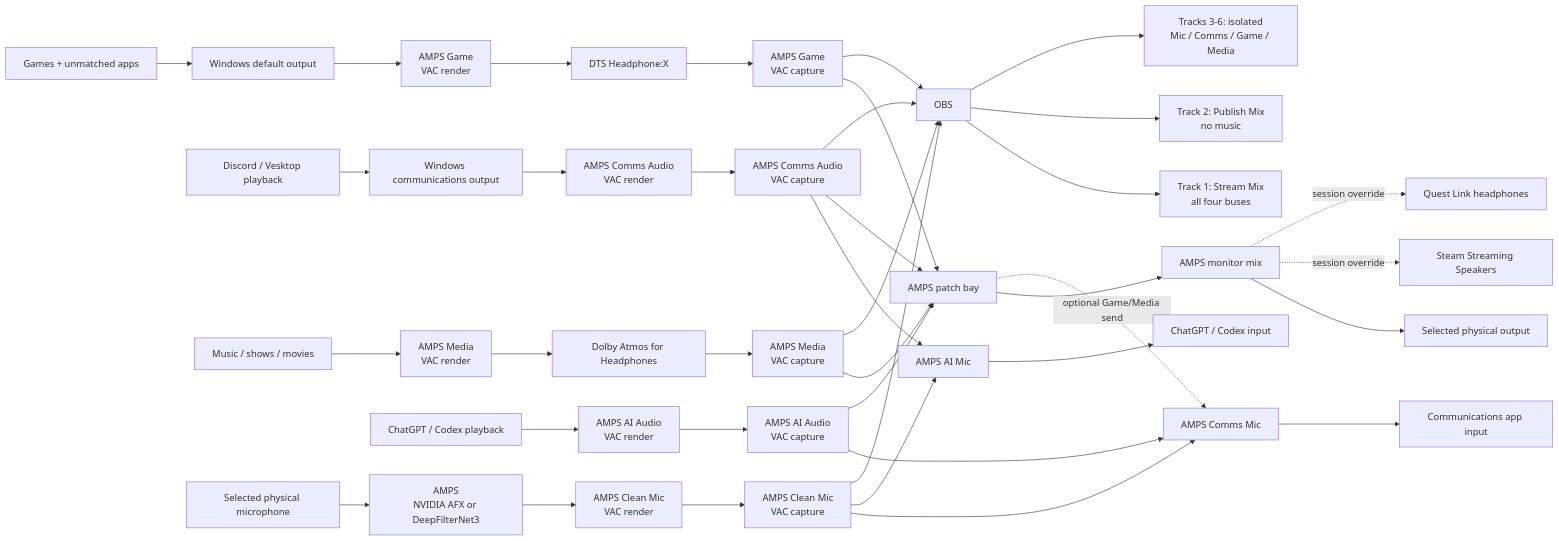
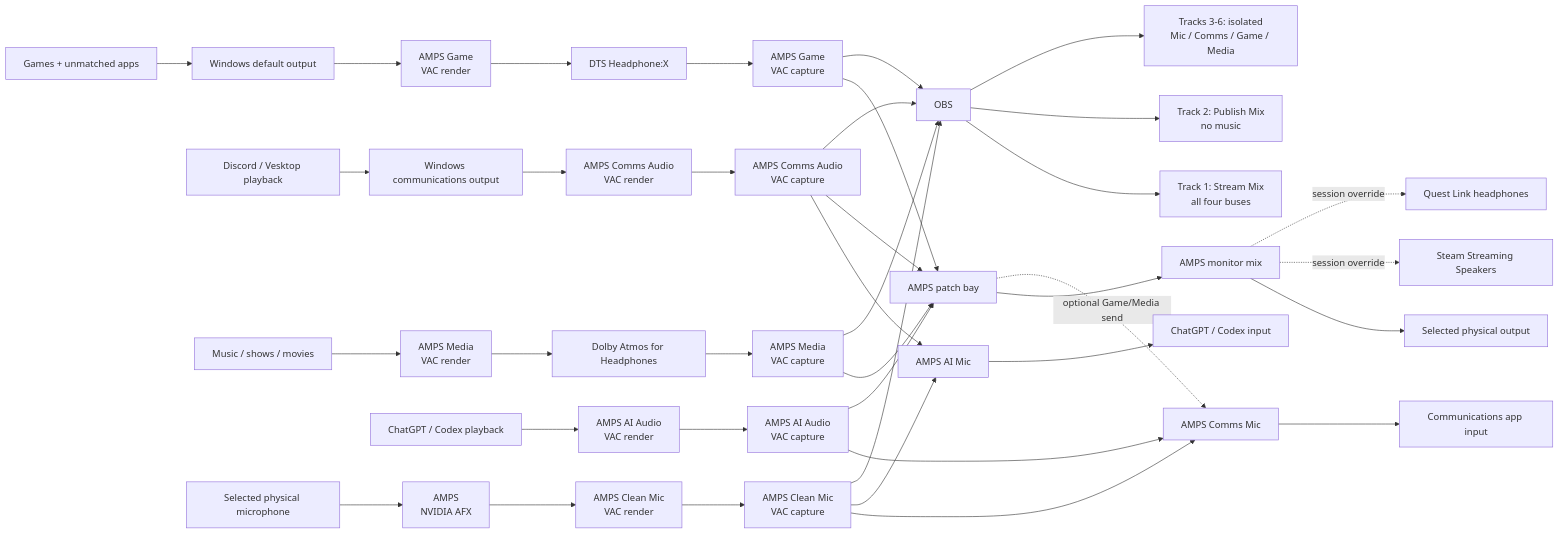
The diagram in packages/amps/README.md (AlexAllocated/.dotfiles), drawn with Mermaid before and after one commit. The commit also changed other lines of this file and 120 other files, not shown here.

````diff
--- a/packages/amps/README.md
+++ b/packages/amps/README.md
@@ -257,46 +255,46 @@
 ```mermaid
 flowchart LR
    games[Games + unmatched apps] --> gameOut[Windows default output]
    gameOut --> gameRender[AMPS Game<br/>VAC render]
    gameRender --> dts[DTS Headphone:X]
    dts --> gameCapture[AMPS Game<br/>VAC capture]
 
    chat[Discord / Vesktop playback] --> commsOut[Windows communications output]
    commsOut --> commsRender[AMPS Comms Audio<br/>VAC render]
    commsRender --> commsCapture[AMPS Comms Audio<br/>VAC capture]
 
    spotify[Music / shows / movies] --> musicRender[AMPS Media<br/>VAC render]
    musicRender --> atmos[Dolby Atmos for Headphones]
    atmos --> musicCapture[AMPS Media<br/>VAC capture]
 
    voiceAi[ChatGPT / Codex playback] --> chatgptRender[AMPS AI Audio<br/>VAC render]
    chatgptRender --> chatgptCapture[AMPS AI Audio<br/>VAC capture]
 
-   mic[Selected physical microphone] --> denoise[AMPS<br/>NVIDIA AFX or DeepFilterNet3]
+   mic[Selected physical microphone] --> denoise[AMPS<br/>NVIDIA AFX]
    denoise --> micRender[AMPS Clean Mic<br/>VAC render]
    micRender --> micCapture[AMPS Clean Mic<br/>VAC capture]
    micCapture --> commsSend[AMPS Comms Mic]
    chatgptCapture --> commsSend
    commsSend --> chatInput[Communications app input]
    micCapture --> aiSend[AMPS AI Mic]
    commsCapture --> aiSend
    aiSend --> aiInput[ChatGPT / Codex input]
 
    gameCapture --> patchbay[AMPS patch bay]
    commsCapture --> patchbay
    musicCapture --> patchbay
    chatgptCapture --> patchbay
    patchbay --> monitor[AMPS monitor mix]
    patchbay -. optional Game/Media send .-> commsSend
    monitor --> localOutput[Selected physical output]
    monitor -. session override .-> moonlight[Steam Streaming Speakers]
    monitor -. session override .-> quest[Quest Link headphones]
 
    gameCapture --> obs[OBS]
    commsCapture --> obs
    musicCapture --> obs
    micCapture --> obs
    obs --> stream[Track 1: Stream Mix<br/>all four buses]
    obs --> publish[Track 2: Publish Mix<br/>no music]
    obs --> stems[Tracks 3-6: isolated<br/>Mic / Comms / Game / Media]
 ```
````
